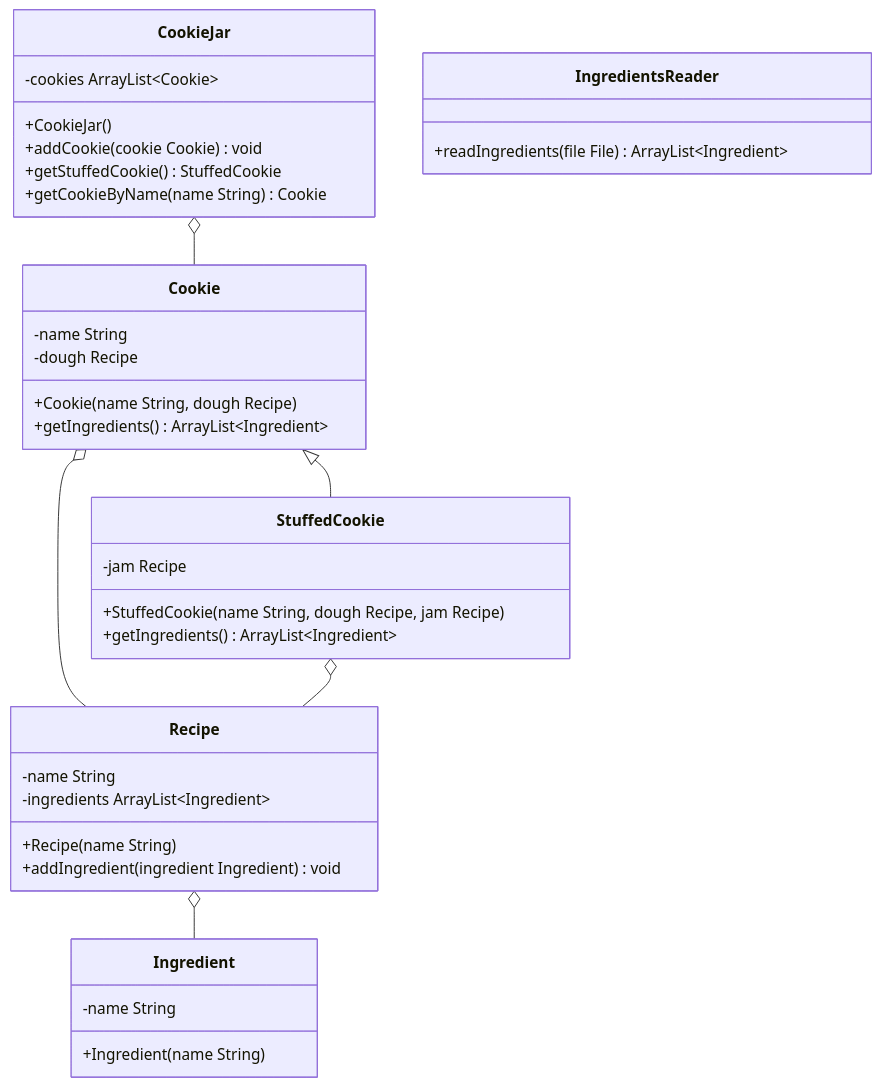
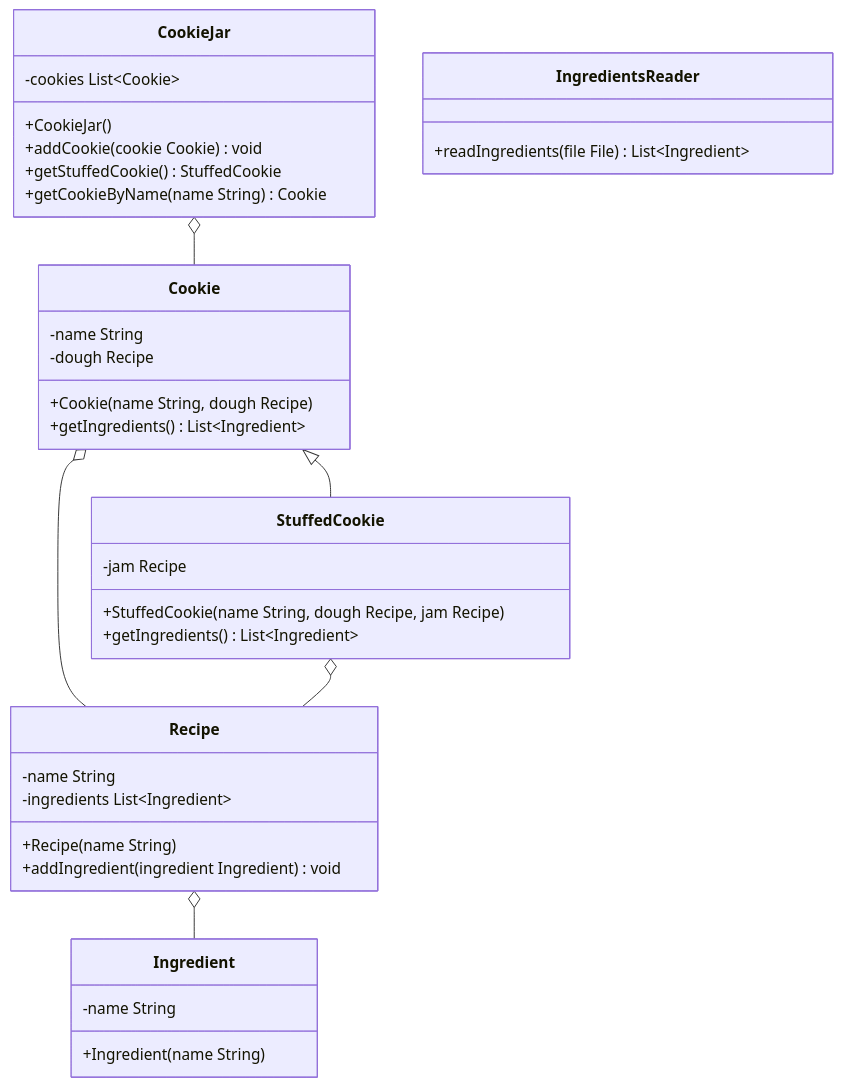
Before and after one commit to jappuccini/java-docs: the diagram in docs/exam-exercises/exam-exercises-java1/cookie-jar.md, drawn with Mermaid. The commit also changed other lines of this file, not shown here.

````diff
--- a/docs/exam-exercises/exam-exercises-java1/cookie-jar.md
+++ b/docs/exam-exercises/exam-exercises-java1/cookie-jar.md
@@ -11,45 +11,45 @@
 ```mermaid
 classDiagram
     CookieJar o-- Cookie
     Cookie <|-- StuffedCookie
     Cookie o-- Recipe
     StuffedCookie o-- Recipe
     Recipe o-- Ingredient
 
     class CookieJar {
-        -cookies ArrayList~Cookie~
+        -cookies List~Cookie~
         +CookieJar()
         +addCookie(cookie Cookie) void
         +getStuffedCookie() StuffedCookie
         +getCookieByName(name String) Cookie
     }
 
     class Cookie {
         -name String
         -dough Recipe
         +Cookie(name String, dough Recipe)
-        +getIngredients() ArrayList~Ingredient~
+        +getIngredients() List~Ingredient~
     }
 
     class StuffedCookie {
         -jam Recipe
         +StuffedCookie(name String, dough Recipe, jam Recipe)
-        +getIngredients() ArrayList~Ingredient~
+        +getIngredients() List~Ingredient~
     }
 
     class Recipe {
         -name String
-        -ingredients ArrayList~Ingredient~
+        -ingredients List~Ingredient~
         +Recipe(name String)
         +addIngredient(ingredient Ingredient) void
     }
 
     class Ingredient {
         -name String
         +Ingredient(name String)
     }
 
     class IngredientsReader {
-        +readIngredients(file File) ArrayList~Ingredient~
+        +readIngredients(file File) List~Ingredient~
     }
 ```
````
